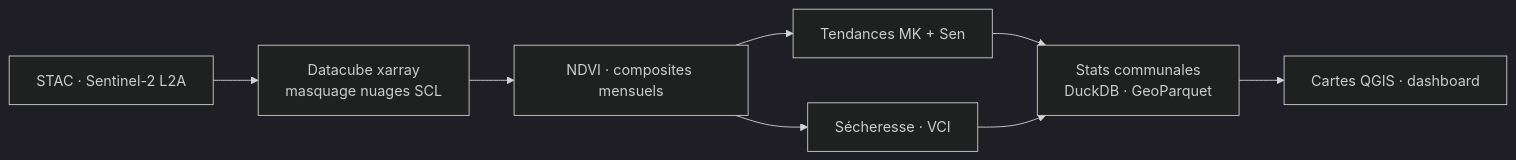
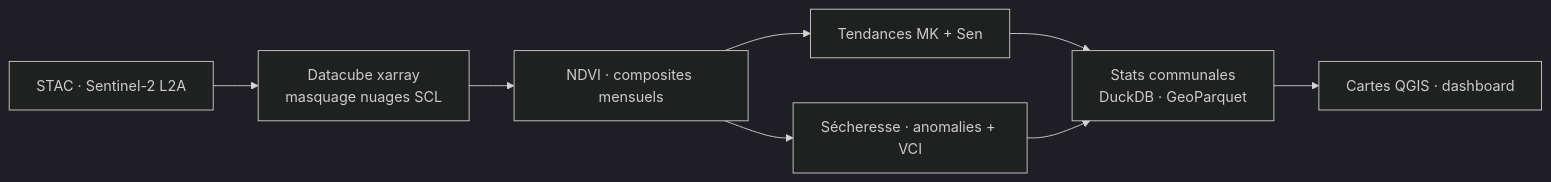
One commit to BastienLebrou/portefolio_project changed the second of 10 diagrams in README.md. Above: the diagram before and after it, drawn with Mermaid (dark theme). The commit also changed other lines of this file, not shown here.

First line of the commit message:
docs(readme): pipeline par pilier — mermaid + technique + vulgarisé

````diff
--- a/README.md
+++ b/README.md
@@ -43,10 +70,10 @@
 ```mermaid
 flowchart LR
-    A[STAC · Sentinel-2 L2A] --> B[Datacube xarray<br/>masquage nuages SCL]
-    B --> C[NDVI · composites mensuels]
-    C --> D[Tendances MK + Sen]
-    C --> E[Sécheresse · VCI]
-    D --> F[Stats communales<br/>DuckDB · GeoParquet]
+    A["STAC · Sentinel-2 L2A"] --> B["Datacube xarray<br/>masquage nuages SCL"]
+    B --> C["NDVI · composites mensuels"]
+    C --> D["Tendances MK + Sen"]
+    C --> E["Sécheresse · anomalies + VCI"]
+    D --> F["Stats communales<br/>DuckDB · GeoParquet"]
     E --> F
-    F --> G[Cartes QGIS · dashboard]
+    F --> G["Cartes QGIS · dashboard"]
 ```
````
